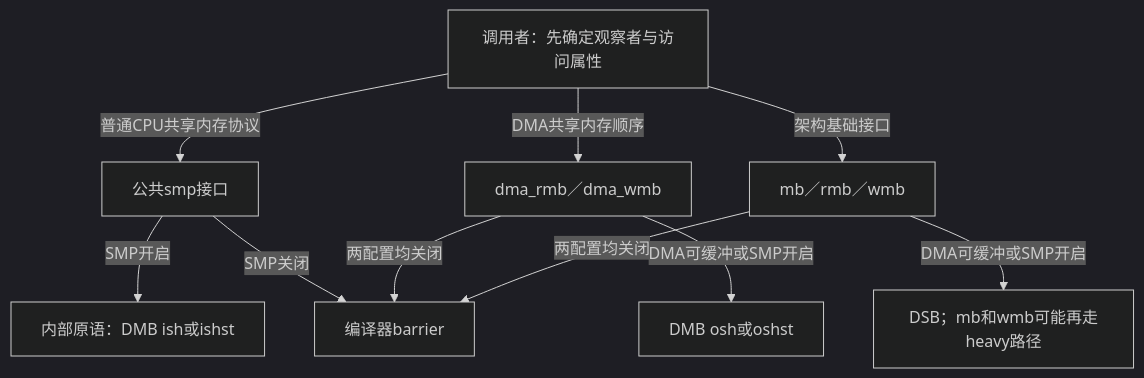
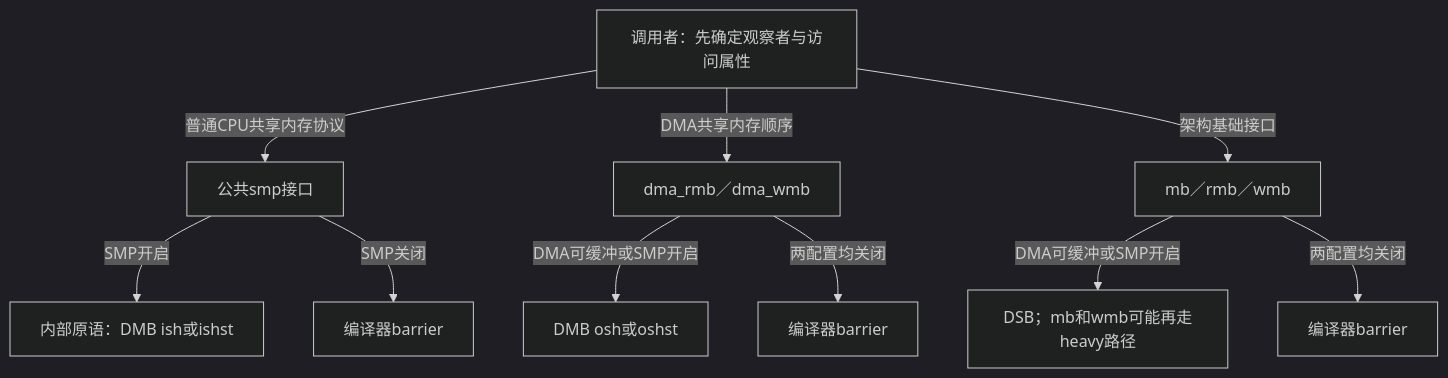
The first of 2 diagrams in research/source_reading/memory_ordering/navigation/P07_ARM屏障与配置边界导读.md (FormingSystem/linux_note), drawn with Mermaid (dark theme) before and after one commit. The commit also changed other lines of this file and 2 other files, not shown here.

Commit message:
content(memory_ordering/source): 澄清模型工具与历史验证边界
- 修正示例实参与工具角色表述，区分历史交叉编译和本次源码复核。

- 调整 ARM 三类屏障配置图，完成十三篇冷读、图示和链接检查。

````diff
--- a/research/source_reading/memory_ordering/navigation/P07_ARM屏障与配置边界导读.md
+++ b/research/source_reading/memory_ordering/navigation/P07_ARM屏障与配置边界导读.md
@@ -28,12 +28,12 @@
 ```mermaid
 flowchart TD
     C["调用者：先确定观察者与访问属性"] -->|"普通CPU共享内存协议"| S["公共smp接口"]
     S -->|"SMP开启"| I["内部原语：DMB ish或ishst"]
     S -->|"SMP关闭"| B["编译器barrier"]
     C -->|"DMA共享内存顺序"| D["dma_rmb／dma_wmb"]
     D -->|"DMA可缓冲或SMP开启"| O["DMB osh或oshst"]
-    D -->|"两配置均关闭"| B
+    D -->|"两配置均关闭"| DB["编译器barrier"]
     C -->|"架构基础接口"| M["mb／rmb／wmb"]
     M -->|"DMA可缓冲或SMP开启"| H["DSB；mb和wmb可能再走heavy路径"]
-    M -->|"两配置均关闭"| B
+    M -->|"两配置均关闭"| MB["编译器barrier"]
 ```
````
